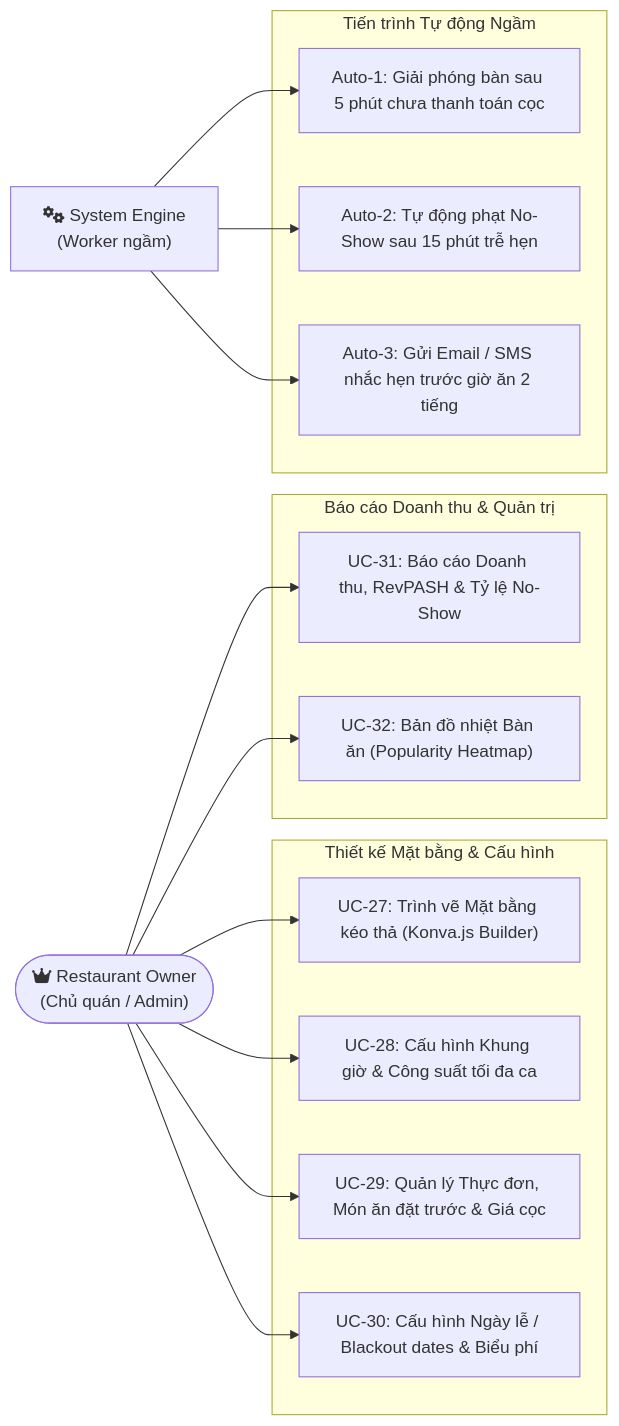
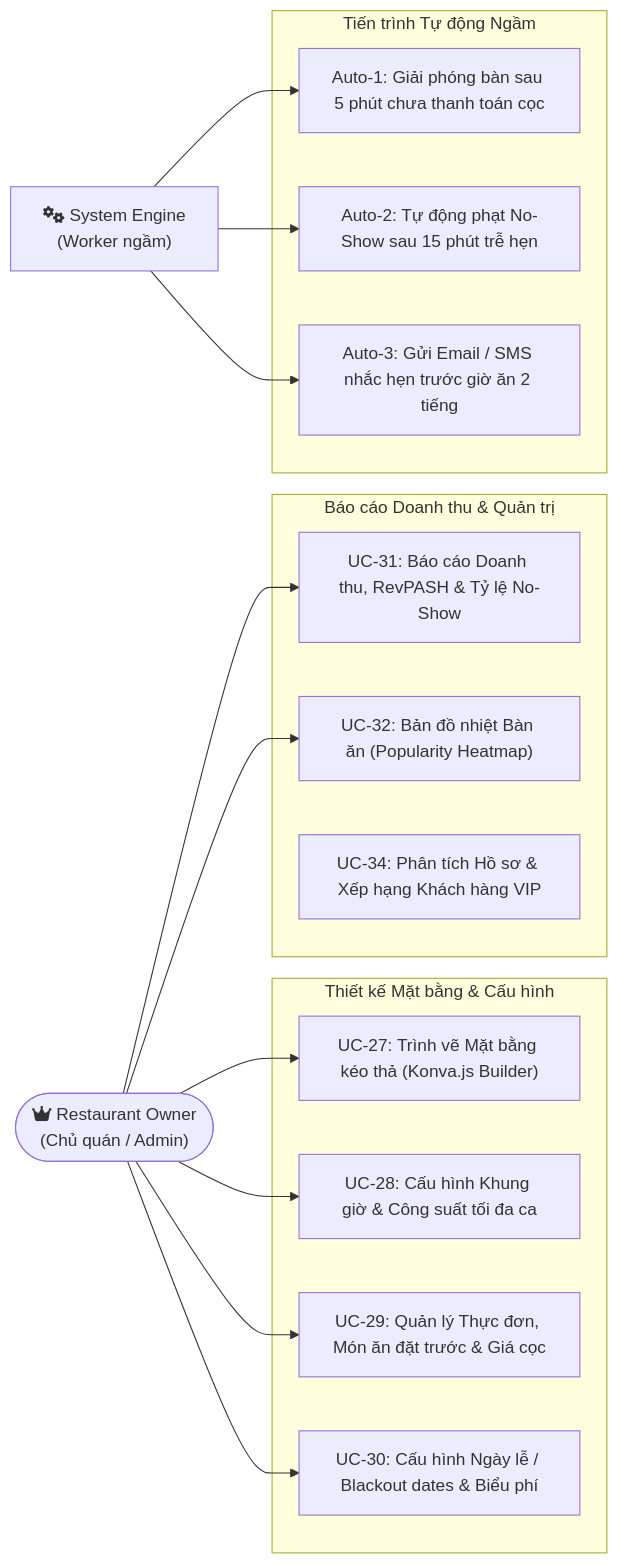
The third of 5 diagrams in doc/USE_CASES_AND_FEATURES_TABLEMASTER.md (Nhatduy160205/Project_SBA301), drawn with Mermaid before and after one commit. The commit also changed other lines of this file and 1 other file, not shown here.

````diff
--- a/doc/USE_CASES_AND_FEATURES_TABLEMASTER.md
+++ b/doc/USE_CASES_AND_FEATURES_TABLEMASTER.md
@@ -194,34 +194,35 @@
 ```mermaid
 flowchart LR
     Admin(["fa:fa-crown Restaurant Owner<br>(Chủ quán / Admin)"])
     AutoWorker["fa:fa-gears System Engine<br>(Worker ngầm)"]
 
     subgraph Sub_Builder ["Thiết kế Mặt bằng & Cấu hình"]
         UC27["UC-27: Trình vẽ Mặt bằng kéo thả (Konva.js Builder)"]
         UC28["UC-28: Cấu hình Khung giờ & Công suất tối đa ca"]
         UC29["UC-29: Quản lý Thực đơn, Món ăn đặt trước & Giá cọc"]
         UC30["UC-30: Cấu hình Ngày lễ / Blackout dates & Biểu phí"]
     end
 
     subgraph Sub_Analytics ["Báo cáo Doanh thu & Quản trị"]
         UC31["UC-31: Báo cáo Doanh thu, RevPASH & Tỷ lệ No-Show"]
         UC32["UC-32: Bản đồ nhiệt Bàn ăn (Popularity Heatmap)"]
+        UC34["UC-34: Phân tích Hồ sơ & Xếp hạng Khách hàng VIP"]
     end
 
     subgraph Sub_Auto ["Tiến trình Tự động Ngầm"]
         UC_A1["Auto-1: Giải phóng bàn sau 5 phút chưa thanh toán cọc"]
         UC_A2["Auto-2: Tự động phạt No-Show sau 15 phút trễ hẹn"]
         UC_A3["Auto-3: Gửi Email / SMS nhắc hẹn trước giờ ăn 2 tiếng"]
     end
 
     Admin --> UC27
     Admin --> UC28
     Admin --> UC29
     Admin --> UC30
     Admin --> UC31
     Admin --> UC32
 
     AutoWorker --> UC_A1
     AutoWorker --> UC_A2
     AutoWorker --> UC_A3
 ```
````
